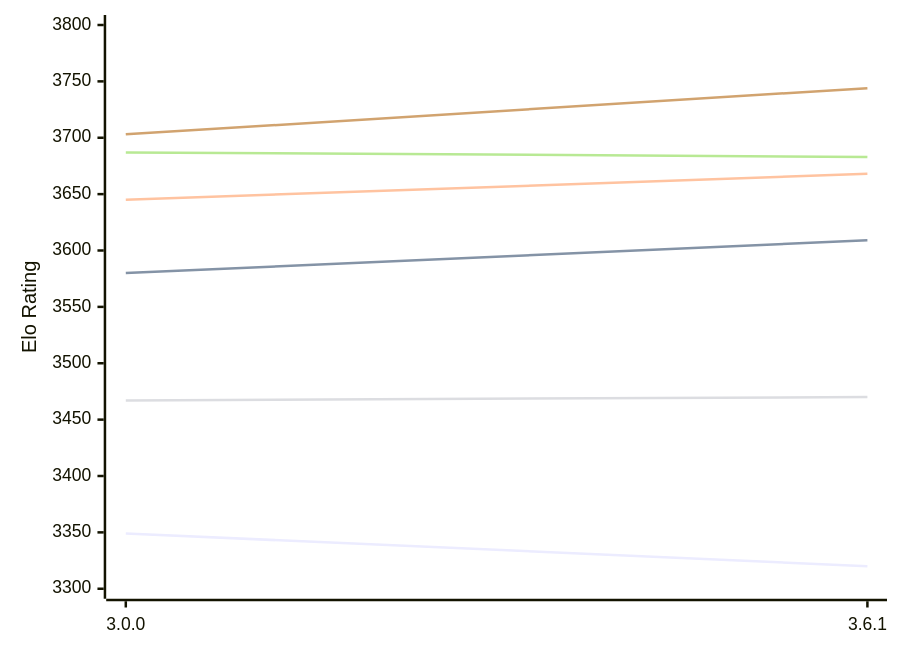
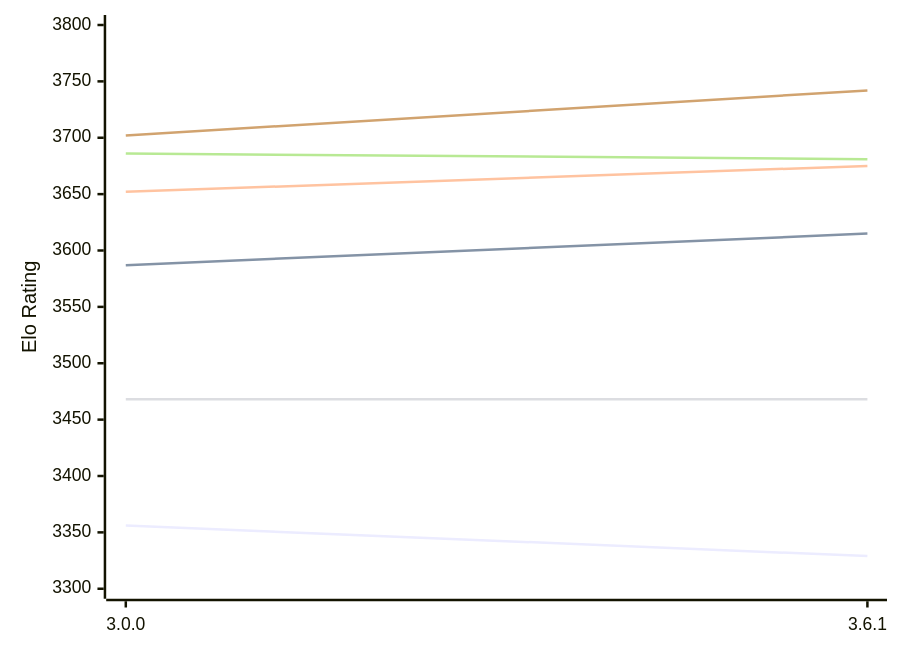
The diagram in engines/Peras.md (computer-chess-index/cci), drawn with Mermaid before and after one commit. The commit also changed other lines of this file, not shown here.

Commit message:
Update CCI Ratings (ELO VLTC) - 2026-11-10

````diff
--- a/engines/Peras.md
+++ b/engines/Peras.md
@@ -49,12 +49,12 @@
 ```mermaid
 %%{init: {"theme":"base","themeVariables":{"seriesColors:['#a3a3a3','#222221','#faa371']}}}%%
 xychart-beta
   x-axis ["3.0.0", "3.6.1"]
   y-axis "Elo Rating" 3300 --> 3800
-  line "E1: STC (8.0+0.08s)" [3349, 3320]
-  line "E1: LTC (60.0+0.60s)" [3580, 3609]
-  line "E1: VLTC (2m24s+1.12s)" [3645, 3668]
-  line "P1: STC (8.0+0.08s)" [3467, 3470]
-  line "P1: LTC (60.0+0.60s)" [3687, 3683]
-  line "P1: VLTC (2m24s+1.12s)" [3703, 3744]
+  line "E1: STC (8.0+0.08s)" [3356, 3329]
+  line "E1: LTC (60.0+0.60s)" [3587, 3615]
+  line "E1: VLTC (2m24s+1.12s)" [3652, 3675]
+  line "P1: STC (8.0+0.08s)" [3468, 3468]
+  line "P1: LTC (60.0+0.60s)" [3686, 3681]
+  line "P1: VLTC (2m24s+1.12s)" [3702, 3742]
 ```
````
